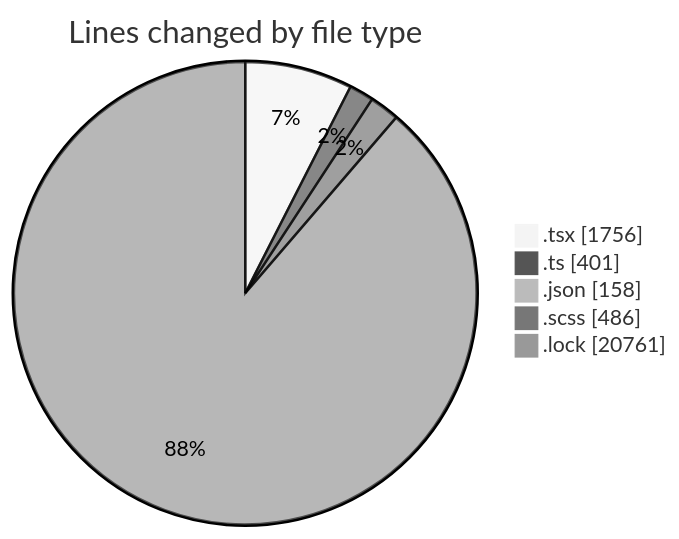
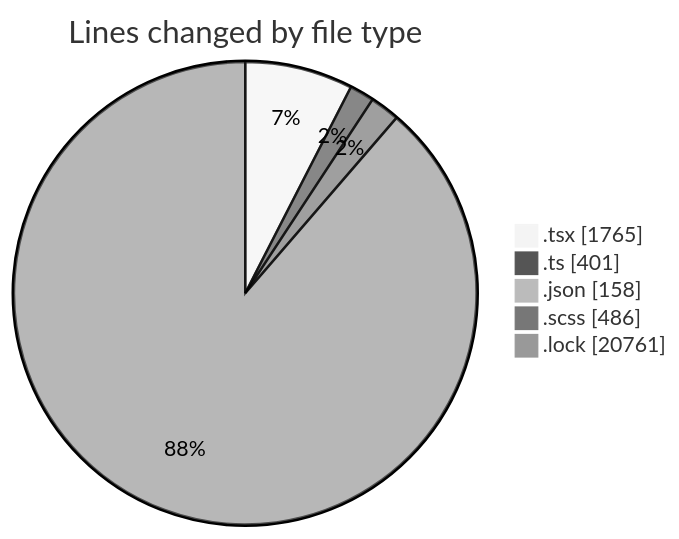
The first of 2 diagrams in 2025-04-29/cda/README.md (momahboobian/code-tracking), drawn with Mermaid (neutral theme) before and after one commit. The commit also changed other lines of this file and 1 other file, not shown here.

````diff
--- a/2025-04-29/cda/README.md
+++ b/2025-04-29/cda/README.md
@@ -43,9 +43,9 @@
 ```mermaid
 pie showData
 title Lines changed by file type
-".tsx" : 1756
+".tsx" : 1765
 ".ts" : 401
 ".json" : 158
 ".scss" : 486
 ".lock" : 20761
 ```
````
